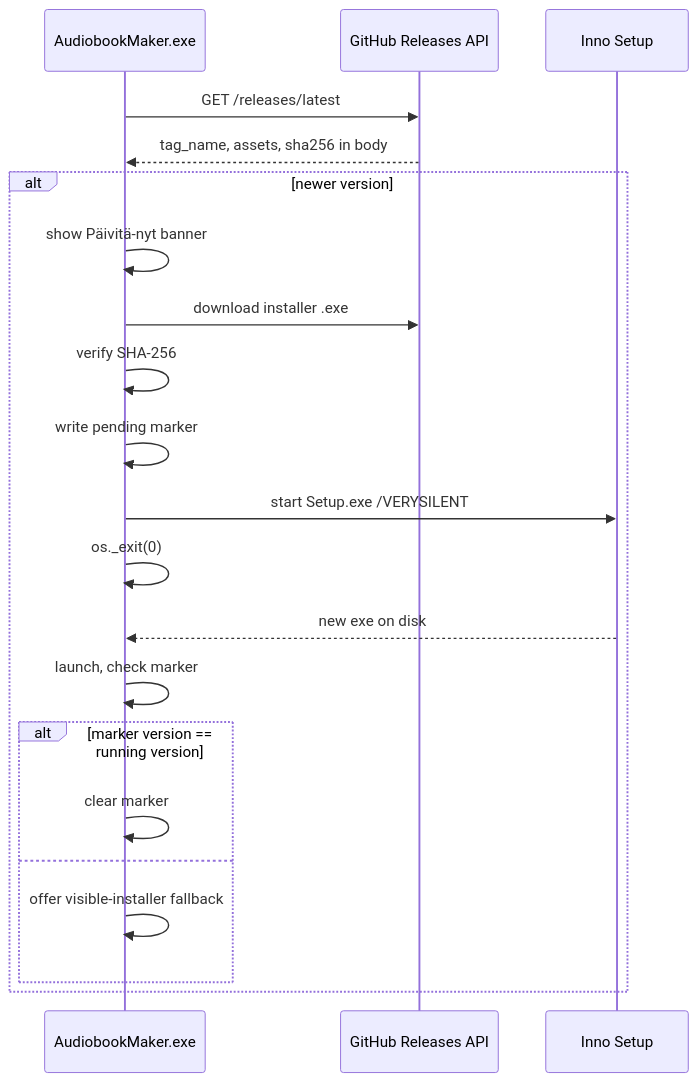
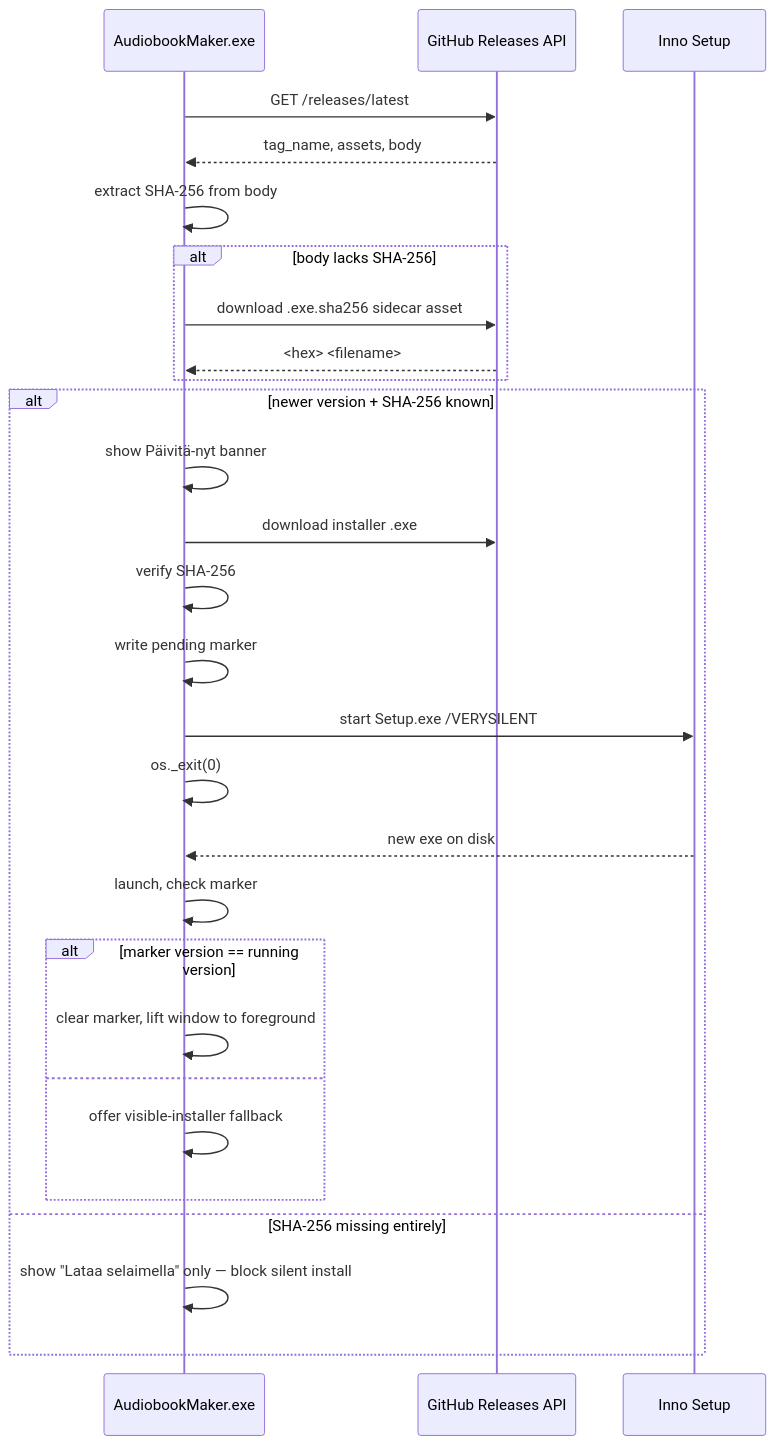
One commit to MikkoNumminen/AudiobookMaker changed the sixth of 6 diagrams in docs/ARCHITECTURE.md. Above: the diagram before and after it, drawn with Mermaid. The commit also changed other lines of this file, not shown here.

Commit message:
docs(architecture): refresh diagrams + file layout for English normalizer + Phase 2 + sidecar SHA-256

````diff
--- a/docs/ARCHITECTURE.md
+++ b/docs/ARCHITECTURE.md
@@ -159,23 +192,30 @@
 ```mermaid
 sequenceDiagram
     participant App as AudiobookMaker.exe
     participant GH as GitHub Releases API
     participant Inno as Inno Setup
     App->>GH: GET /releases/latest
-    GH-->>App: tag_name, assets, sha256 in body
-    alt newer version
+    GH-->>App: tag_name, assets, body
+    App->>App: extract SHA-256 from body
+    alt body lacks SHA-256
+      App->>GH: download .exe.sha256 sidecar asset
+      GH-->>App: <hex>  <filename>
+    end
+    alt newer version + SHA-256 known
       App->>App: show Päivitä-nyt banner
       App->>GH: download installer .exe
       App->>App: verify SHA-256
       App->>App: write pending marker
       App->>Inno: start Setup.exe /VERYSILENT
       App->>App: os._exit(0)
       Inno-->>App: new exe on disk
       App->>App: launch, check marker
       alt marker version == running version
-        App->>App: clear marker
+        App->>App: clear marker, lift window to foreground
       else
         App->>App: offer visible-installer fallback
       end
+    else SHA-256 missing entirely
+      App->>App: show "Lataa selaimella" only — block silent install
     end
 ```
````
